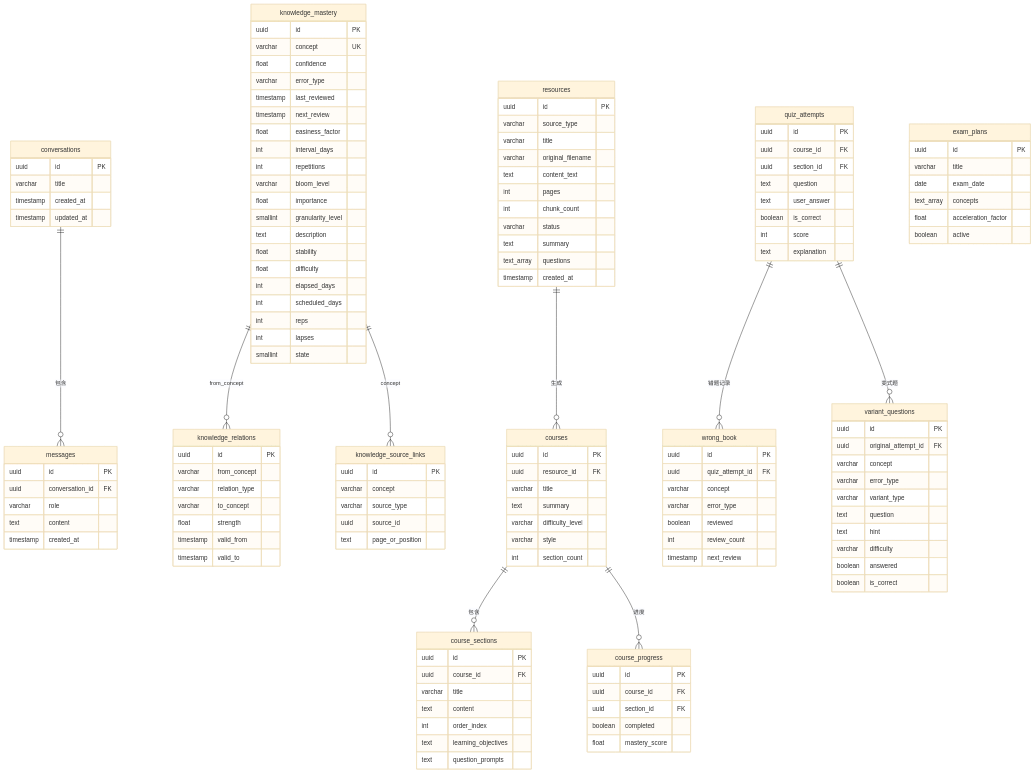
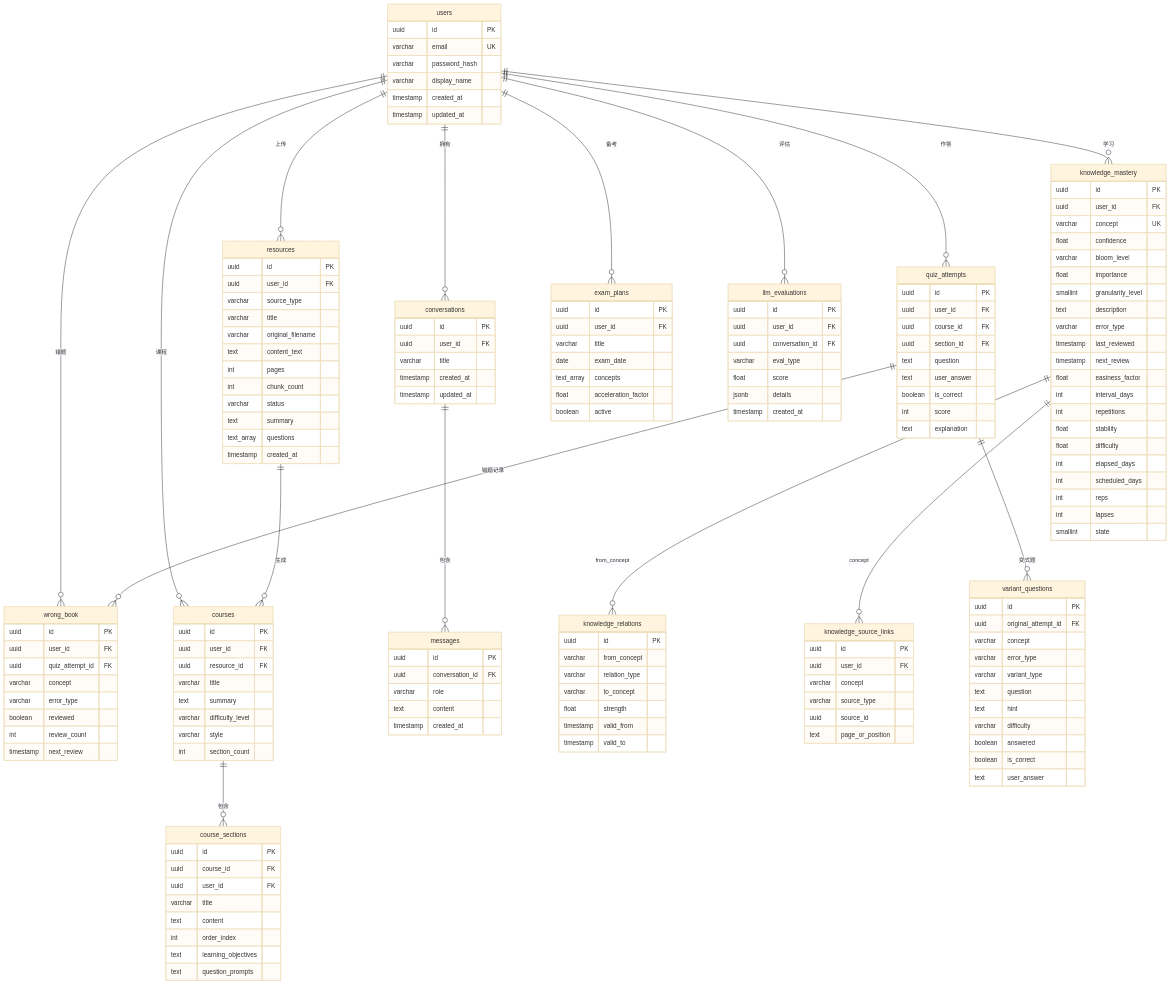
Before and after one commit to nothasson/MindFlow: the tenth of 10 diagrams in README.md, drawn with Mermaid (base theme). The commit also changed other lines of this file, not shown here.

````diff
--- a/README.md
+++ b/README.md
@@ -991,8 +1134,27 @@
 ```mermaid
 erDiagram
+    users ||--o{ conversations : "拥有"
+    users ||--o{ resources : "上传"
+    users ||--o{ knowledge_mastery : "学习"
+    users ||--o{ quiz_attempts : "作答"
+    users ||--o{ wrong_book : "错题"
+    users ||--o{ exam_plans : "备考"
+    users ||--o{ courses : "课程"
+    users ||--o{ llm_evaluations : "评估"
+
+    users {
+        uuid id PK
+        varchar email UK
+        varchar password_hash
+        varchar display_name
+        timestamp created_at
+        timestamp updated_at
+    }
+
     conversations ||--o{ messages : "包含"
     conversations {
         uuid id PK
+        uuid user_id FK
         varchar title
         timestamp created_at
         timestamp updated_at
@@ -1010,18 +1172,19 @@
     knowledge_mastery ||--o{ knowledge_source_links : "concept"
     knowledge_mastery {
         uuid id PK
+        uuid user_id FK
         varchar concept UK
         float confidence
+        varchar bloom_level
+        float importance
+        smallint granularity_level
+        text description
         varchar error_type
         timestamp last_reviewed
         timestamp next_review
         float easiness_factor
         int interval_days
         int repetitions
-        varchar bloom_level
-        float importance
-        smallint granularity_level
-        text description
         float stability
         float difficulty
         int elapsed_days
@@ -1043,6 +1206,7 @@
 
     knowledge_source_links {
         uuid id PK
+        uuid user_id FK
         varchar concept
         varchar source_type
         uuid source_id
@@ -1052,6 +1216,7 @@
     resources ||--o{ courses : "生成"
     resources {
         uuid id PK
+        uuid user_id FK
         varchar source_type
         varchar title
         varchar original_filename
@@ -1065,9 +1230,9 @@
     }
 
     courses ||--o{ course_sections : "包含"
-    courses ||--o{ course_progress : "进度"
     courses {
         uuid id PK
+        uuid user_id FK
         uuid resource_id FK
         varchar title
         text summary
@@ -1079,6 +1244,7 @@
     course_sections {
         uuid id PK
         uuid course_id FK
+        uuid user_id FK
         varchar title
         text content
         int order_index
@@ -1086,18 +1252,11 @@
         text question_prompts
     }
 
-    course_progress {
-        uuid id PK
-        uuid course_id FK
-        uuid section_id FK
-        boolean completed
-        float mastery_score
-    }
-
     quiz_attempts ||--o{ wrong_book : "错题记录"
     quiz_attempts ||--o{ variant_questions : "变式题"
     quiz_attempts {
         uuid id PK
+        uuid user_id FK
         uuid course_id FK
         uuid section_id FK
         text question
@@ -1109,6 +1268,7 @@
 
     wrong_book {
         uuid id PK
+        uuid user_id FK
         uuid quiz_attempt_id FK
         varchar concept
         varchar error_type
@@ -1128,14 +1288,26 @@
         varchar difficulty
         boolean answered
         boolean is_correct
+        text user_answer
     }
 
     exam_plans {
         uuid id PK
+        uuid user_id FK
         varchar title
         date exam_date
         text_array concepts
         float acceleration_factor
         boolean active
     }
+
+    llm_evaluations {
+        uuid id PK
+        uuid user_id FK
+        uuid conversation_id FK
+        varchar eval_type
+        float score
+        jsonb details
+        timestamp created_at
+    }
 ```
````
